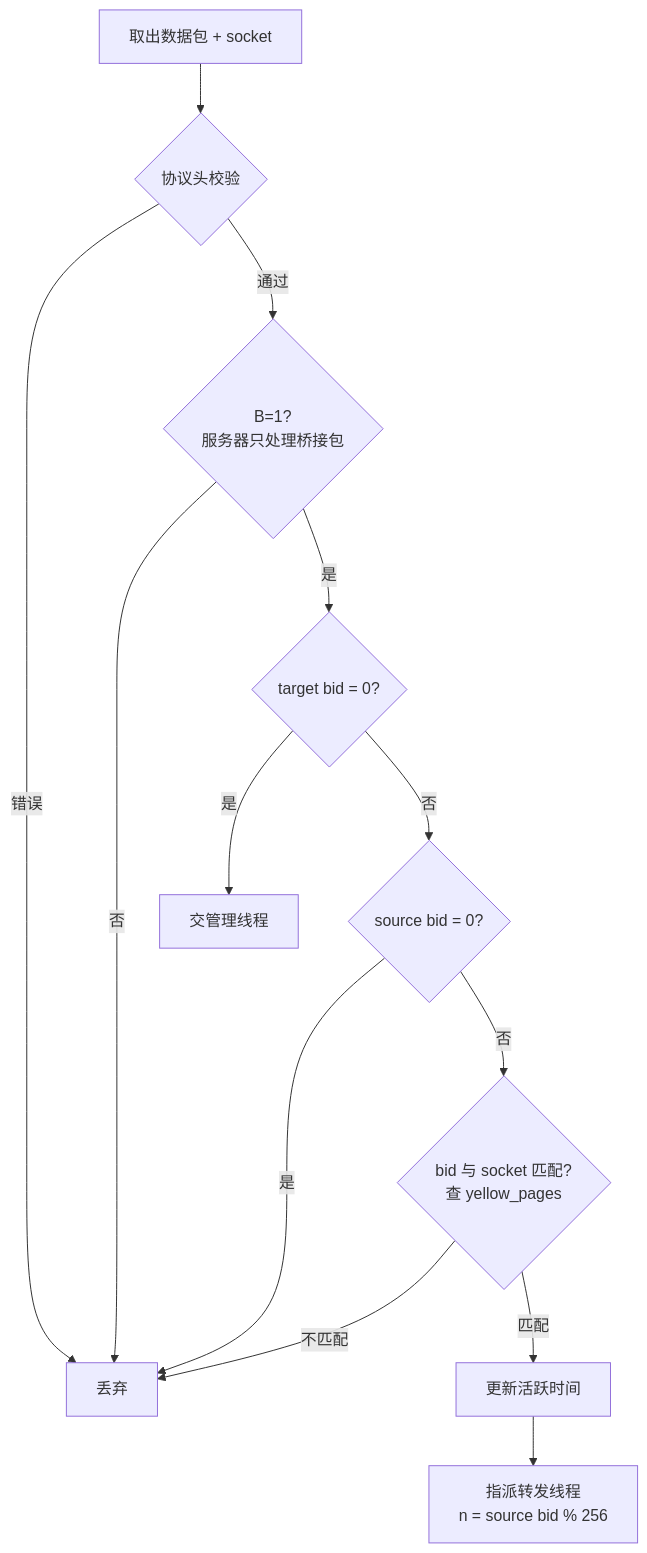
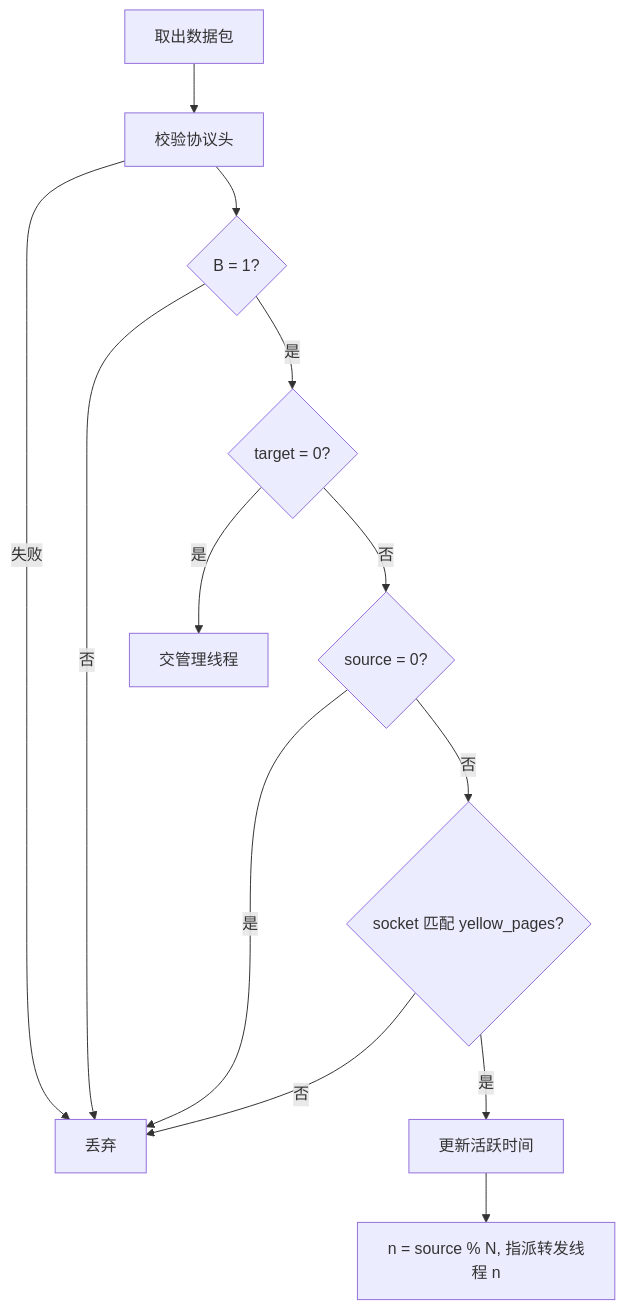
One commit to moky/magpie-bridge changed the third of 4 diagrams in docs/design-architecture.zh-CN.md. Above: the diagram before and after it, drawn with Mermaid. The commit also changed other lines of this file and 9 other files, not shown here.

````diff
--- a/docs/design-architecture.zh-CN.md
+++ b/docs/design-architecture.zh-CN.md
@@ -56,15 +43,15 @@
 ```mermaid
 flowchart TD
-    P[取出数据包 + socket] --> V1{协议头校验}
-    V1 -- 错误 --> DR[丢弃]
-    V1 -- 通过 --> V2{B=1?<br/>服务器只处理桥接包}
-    V2 -- 否 --> DR
-    V2 -- 是 --> V3{target bid = 0?}
-    V3 -- 是 --> MG[交管理线程]
-    V3 -- 否 --> V4{source bid = 0?}
-    V4 -- 是 --> DR
-    V4 -- 否 --> V5{bid 与 socket 匹配?<br/>查 yellow_pages}
-    V5 -- 不匹配 --> DR
-    V5 -- 匹配 --> UP[更新活跃时间]
-    UP --> AS[指派转发线程<br/>n = source bid % 256]
+    P["取出数据包"] --> V1["校验协议头"]
+    V1 -->|"失败"| DROP["丢弃"]
+    V1 --> V2{"B = 1?"}
+    V2 -- "否" --> DROP
+    V2 -- "是" --> T{"target = 0?"}
+    T -- "是" --> MGT["交管理线程"]
+    T -- "否" --> SRC{"source = 0?"}
+    SRC -- "是" --> DROP
+    SRC -- "否" --> CHK{"socket 匹配 yellow_pages?"}
+    CHK -- "否" --> DROP
+    CHK -- "是" --> UPD["更新活跃时间"]
+    UPD --> DISP["n = source % N, 指派转发线程 n"]
 ```
````
